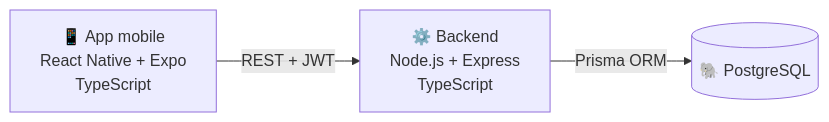
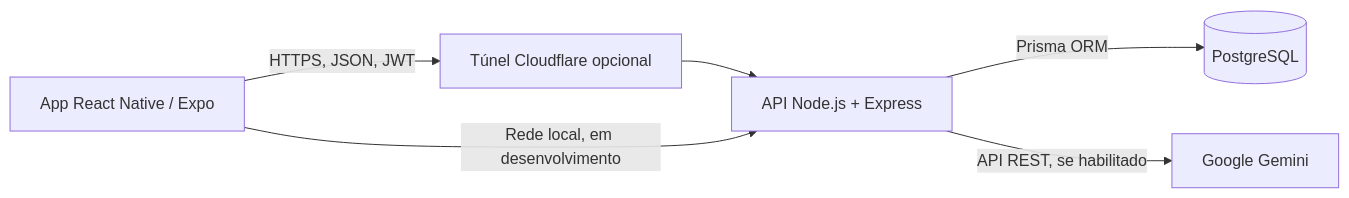
The third of 3 diagrams in README.md (Jonhs1/BUS.AI-TCC), drawn with Mermaid before and after one commit. The commit also changed other lines of this file, not shown here.

````diff
--- a/README.md
+++ b/README.md
@@ -104,5 +139,8 @@
 ```mermaid
 flowchart LR
-    APP["📱 App mobile<br>React Native + Expo<br>TypeScript"] -->|"REST + JWT"| API["⚙️ Backend<br>Node.js + Express<br>TypeScript"]
-    API -->|"Prisma ORM"| DB[("🐘 PostgreSQL")]
+    M[App React Native / Expo] -->|HTTPS, JSON, JWT| T[Túnel Cloudflare opcional]
+    T --> API[API Node.js + Express]
+    M -->|Rede local, em desenvolvimento| API
+    API -->|Prisma ORM| DB[(PostgreSQL)]
+    API -->|API REST, se habilitado| IA[Google Gemini]
 ```
````
